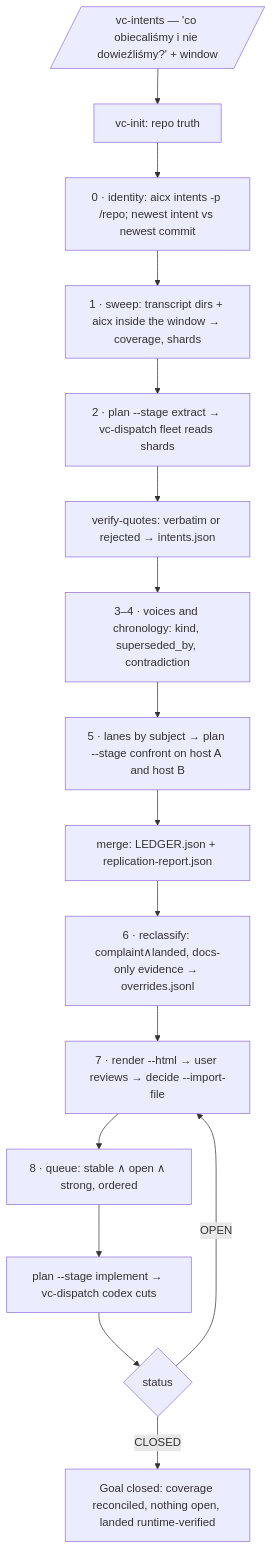
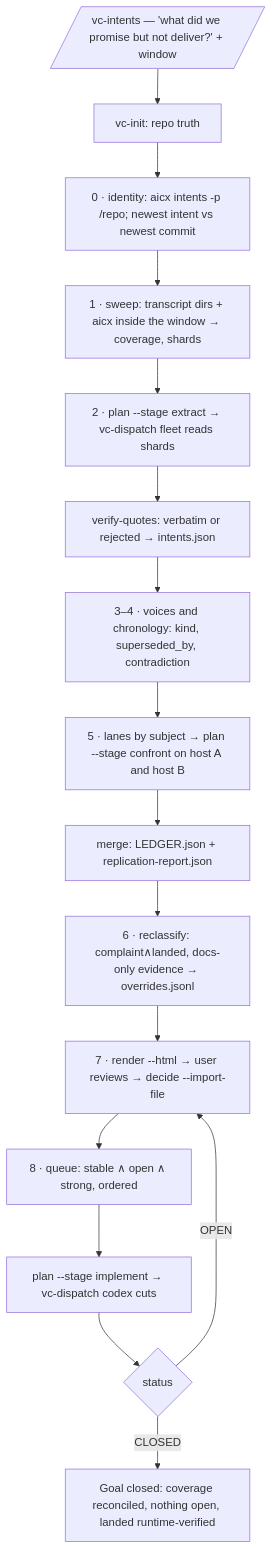
Before and after one commit to vetcoders/vibecrafted: the diagram in vibecrafted-core/vibecrafted_core/skills/vc-intents/FLOW.md, drawn with Mermaid. The commit also changed 4 other files, not shown here.

````diff
--- a/vibecrafted-core/vibecrafted_core/skills/vc-intents/FLOW.md
+++ b/vibecrafted-core/vibecrafted_core/skills/vc-intents/FLOW.md
@@ -5,18 +5,18 @@
 ```mermaid
 flowchart TD
-    A[/vc-intents — 'co obiecaliśmy i nie dowieźliśmy?' + window/] --> B[vc-init: repo truth]
+    A[/vc-intents — 'what did we promise but not deliver?' + window/] --> B[vc-init: repo truth]
     B --> C[0 · identity: aicx intents -p /repo; newest intent vs newest commit]
     C --> D[1 · sweep: transcript dirs + aicx inside the window → coverage, shards]
     D --> E[2 · plan --stage extract → vc-dispatch fleet reads shards]
     E --> F[verify-quotes: verbatim or rejected → intents.json]
     F --> G[3–4 · voices and chronology: kind, superseded_by, contradiction]
     G --> H[5 · lanes by subject → plan --stage confront on host A and host B]
     H --> I[merge: LEDGER.json + replication-report.json]
     I --> J[6 · reclassify: complaint∧landed, docs-only evidence → overrides.jsonl]
     J --> K[7 · render --html → user reviews → decide --import-file]
     K --> L[8 · queue: stable ∧ open ∧ strong, ordered]
     L --> M[plan --stage implement → vc-dispatch codex cuts]
     M --> N{status}
     N -->|OPEN| K
     N -->|CLOSED| O[Goal closed: coverage reconciled, nothing open, landed runtime-verified]
 ```
````
